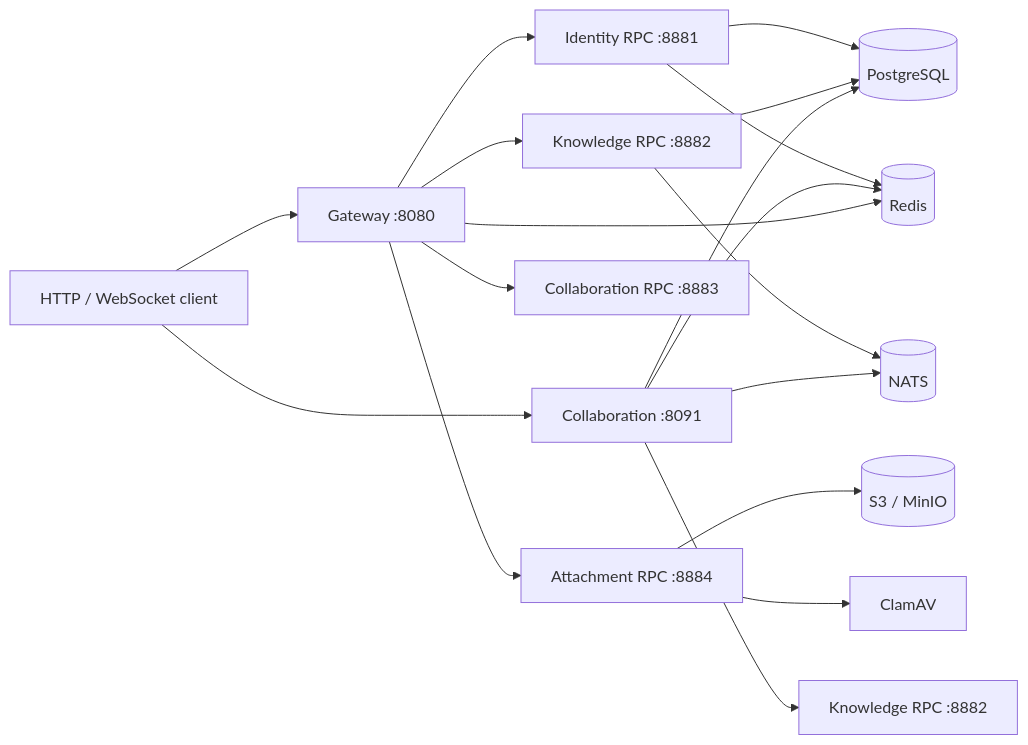
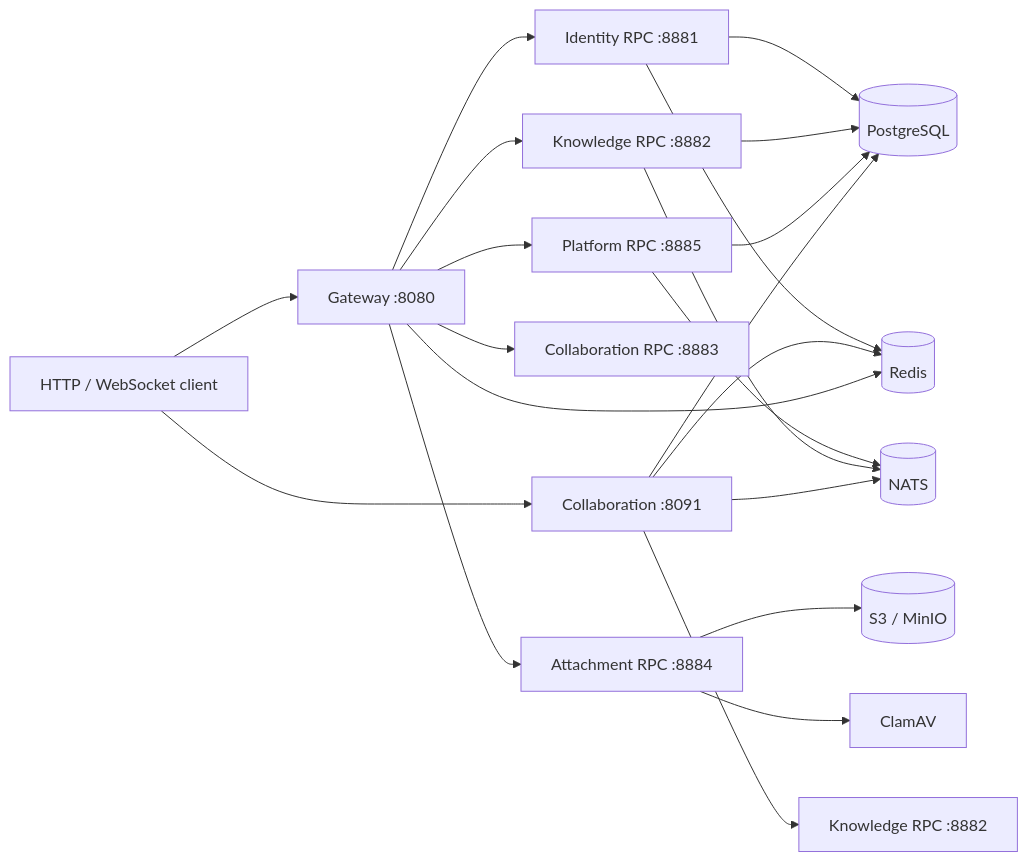
The diagram in README.md (HappyLadySauceM/Knowledge-Core), drawn with Mermaid before and after one commit. The commit also changed other lines of this file and 83 other files, not shown here.

````diff
--- a/README.md
+++ b/README.md
@@ -70,20 +72,23 @@
 ```mermaid
 flowchart LR
     Client[HTTP / WebSocket client] --> Gateway[Gateway :8080]
     Client --> Collaboration[Collaboration :8091]
     Gateway --> Identity[Identity RPC :8881]
     Gateway --> Knowledge[Knowledge RPC :8882]
     Gateway --> CollaborationRPC[Collaboration RPC :8883]
     Gateway --> Attachment[Attachment RPC :8884]
+    Gateway --> Platform[Platform RPC :8885]
     Collaboration --> KnowledgeRPC[Knowledge RPC :8882]
     Identity --> PostgreSQL[(PostgreSQL)]
     Identity --> Redis[(Redis)]
     Knowledge --> PostgreSQL
     Attachment --> S3[(S3 / MinIO)]
     Attachment --> ClamAV[ClamAV]
+    Platform --> PostgreSQL
+    Platform --> NATS
     Knowledge --> NATS[(NATS)]
     Collaboration --> PostgreSQL
     Collaboration --> Redis
     Collaboration --> NATS
     Gateway --> Redis
 ```
````
